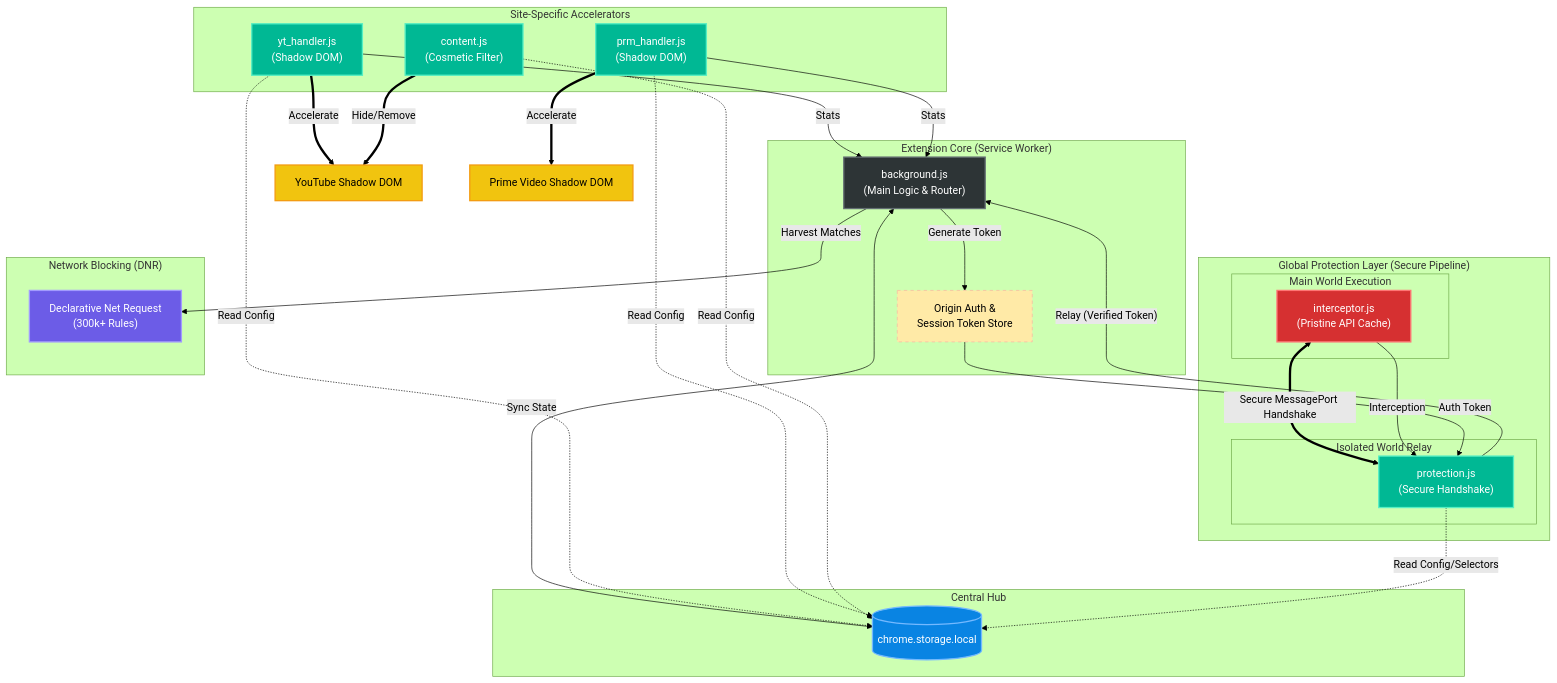
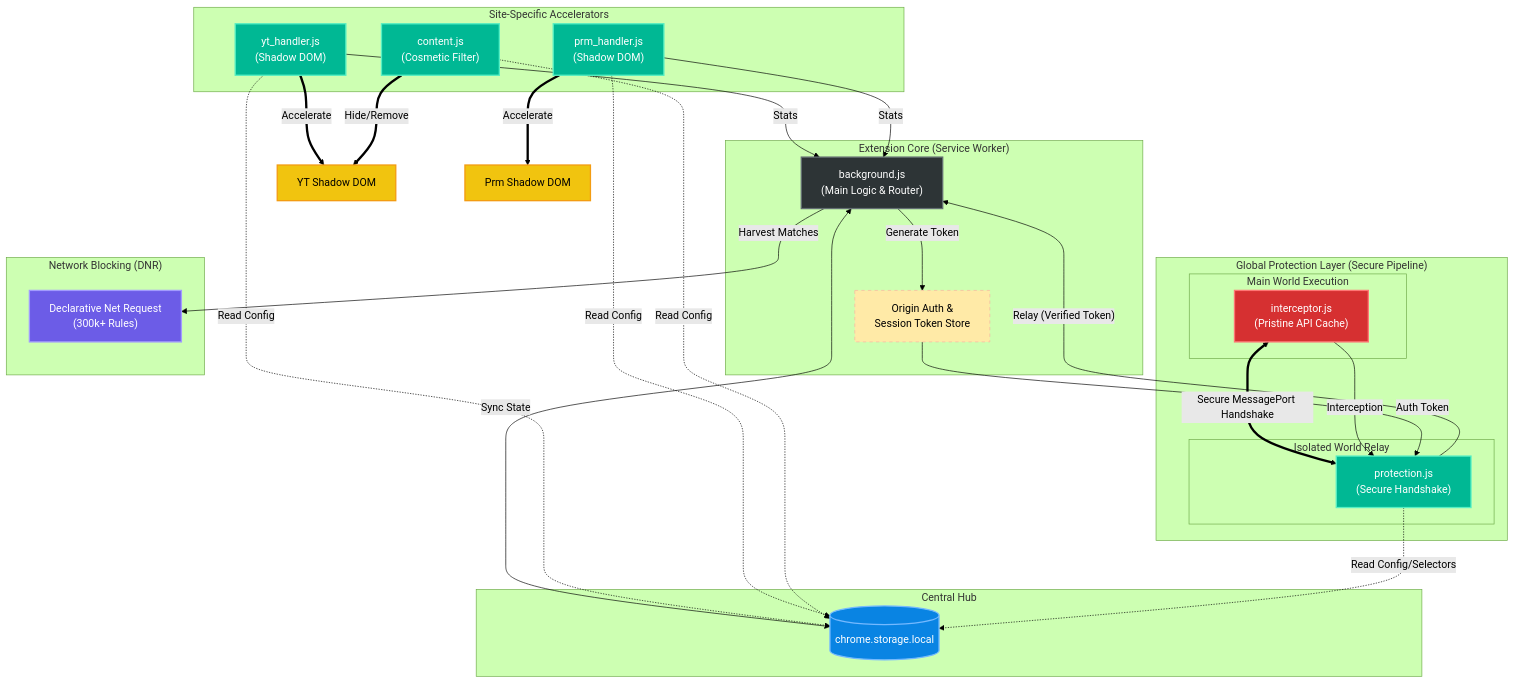
The diagram in README.md (Dabrogost/Chroma-Ad-Blocker), drawn with Mermaid (forest theme) before and after one commit. The commit also changed other lines of this file, not shown here.

````diff
--- a/README.md
+++ b/README.md
@@ -25,62 +25,62 @@
 ```mermaid
 graph TD
     classDef sw fill:#2d3436,color:#fff,stroke:#636e72,stroke-width:2px
     classDef storage fill:#0984e3,color:#fff,stroke:#74b9ff,stroke-width:2px
     classDef isolated fill:#00b894,color:#fff,stroke:#55efc4,stroke-width:2px
     classDef main fill:#d63031,color:#fff,stroke:#ff7675,stroke-width:2px
     classDef dnr fill:#6c5ce7,color:#fff,stroke:#a29bfe,stroke-width:2px
     classDef dom fill:#f1c40f,color:#000,stroke:#f39c12,stroke-width:2px
     classDef secure fill:#ffeaa7,color:#000,stroke:#fab1a0,stroke-dasharray: 5 5
 
     subgraph SW ["Extension Core (Service Worker)"]
         BS["background.js<br/>(Main Logic & Router)"]:::sw
         AUTH["Origin Auth &<br/>Session Token Store"]:::secure
     end
 
     subgraph ST ["Central Hub"]
         STORAGE[("chrome.storage.local")]:::storage
     end
 
     subgraph GR ["Global Protection Layer (Secure Pipeline)"]
         subgraph MW ["Main World Execution"]
             MW_INT["interceptor.js<br/>(Pristine API Cache)"]:::main
         end
         subgraph IW ["Isolated World Relay"]
             CS_PROT["protection.js<br/>(Secure Handshake)"]:::isolated
         end
         MW_INT <==>|"Secure MessagePort Handshake"| CS_PROT
     end
 
     subgraph SP ["Site-Specific Accelerators"]
         CS_YT["yt_handler.js<br/>(Shadow DOM)"]:::isolated
         CS_PV["prm_handler.js<br/>(Shadow DOM)"]:::isolated
         CS_GEN["content.js<br/>(Cosmetic Filter)"]:::isolated
     end
 
     subgraph DN ["Network Blocking (DNR)"]
         DNR["Declarative Net Request<br/>(300k+ Rules)"]:::dnr
     end
 
     %% Logic Flow
     MW_INT -- "Interception" --> CS_PROT
     CS_PROT -- "Relay (Verified Token)" --> BS
     
     CS_YT -- "Stats" --> BS
     CS_PV -- "Stats" --> BS
     
     BS <-->|"Sync State"| STORAGE
     BS -- "Generate Token" --> AUTH
     AUTH -- "Auth Token" --> CS_PROT
     
     CS_YT -.->|"Read Config"| STORAGE
     CS_PV -.->|"Read Config"| STORAGE
     CS_GEN -.->|"Read Config"| STORAGE
     CS_PROT -.->|"Read Config/Selectors"| STORAGE
 
     BS -- "Harvest Matches" --> DNR
 
     %% Execution
-    CS_YT ==>|"Accelerate"| DOM_YT["YouTube Shadow DOM"]:::dom
-    CS_PV ==>|"Accelerate"| DOM_PV["Prime Video Shadow DOM"]:::dom
+    CS_YT ==>|"Accelerate"| DOM_YT["YT Shadow DOM"]:::dom
+    CS_PV ==>|"Accelerate"| DOM_PV["Prm Shadow DOM"]:::dom
     CS_GEN ==>|"Hide/Remove"| DOM_YT
 ```
````
